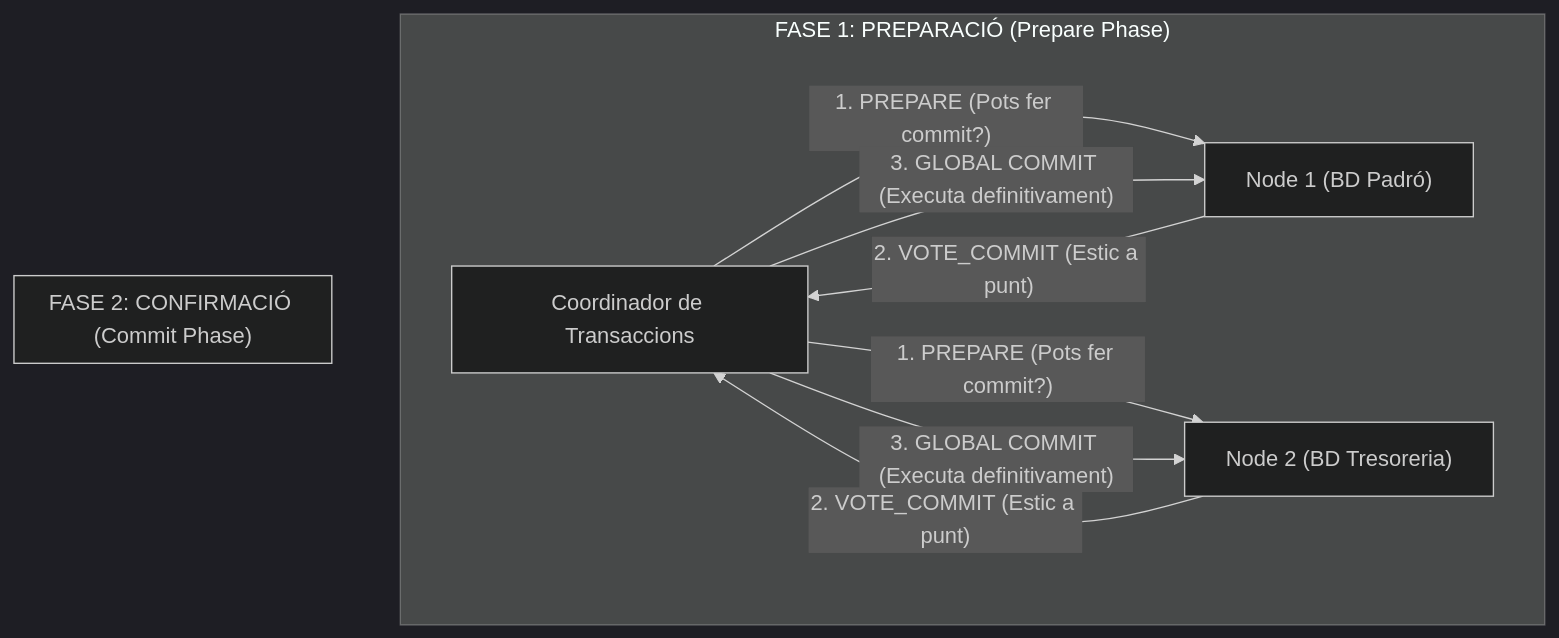
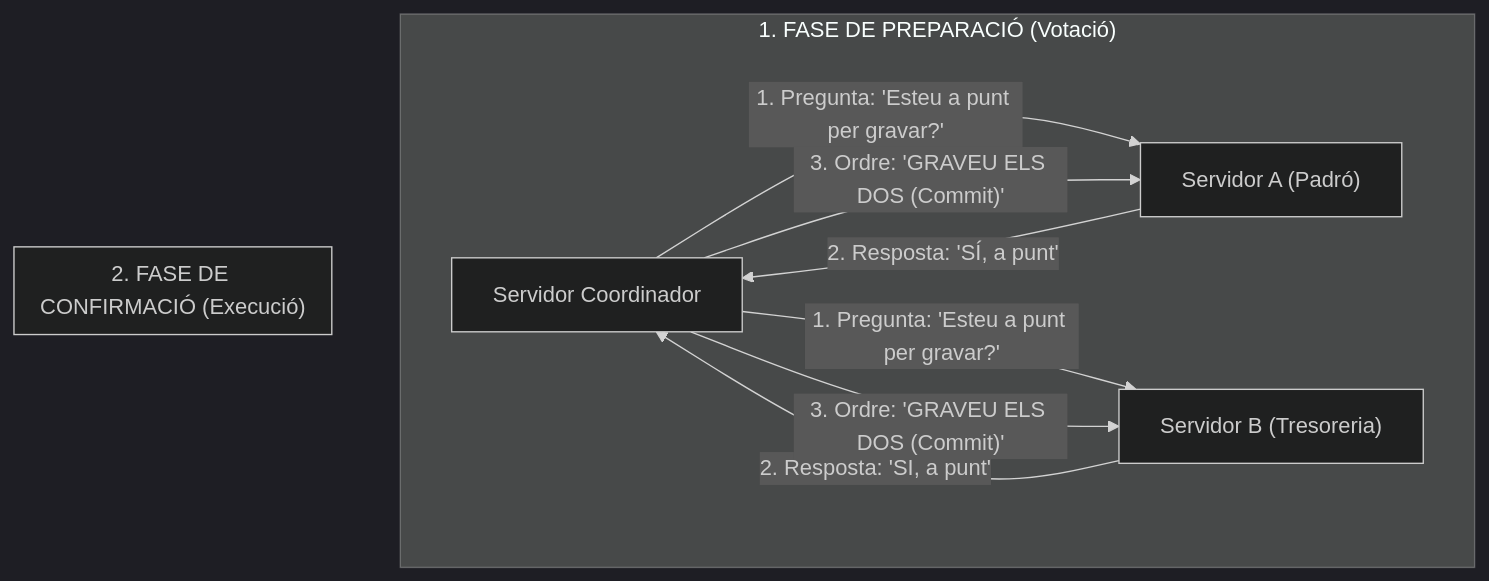
Before and after one commit to oriolmapu/opo: the fourth of 4 diagrams in part_especifica/bloc6_programacio_i_desenvolupament/74_bases_dades_integritat_acid_xifratge_distribuides_cap.md, drawn with Mermaid (dark theme). The commit also changed other lines of this file and 1 other file, not shown here.

````diff
--- a/part_especifica/bloc6_programacio_i_desenvolupament/74_bases_dades_integritat_acid_xifratge_distribuides_cap.md
+++ b/part_especifica/bloc6_programacio_i_desenvolupament/74_bases_dades_integritat_acid_xifratge_distribuides_cap.md
@@ -76,18 +86,18 @@
 ```mermaid
 flowchart TD
-    Coord["Coordinador de Transaccions"]
-    NodeA["Node 1 (BD Padró)"]
-    NodeB["Node 2 (BD Tresoreria)"]
+    Coord["Servidor Coordinador"]
+    S1["Servidor A (Padró)"]
+    S2["Servidor B (Tresoreria)"]
 
-    subgraph FASE1["FASE 1: PREPARACIÓ (Prepare Phase)"]
-        Coord -->|"1. PREPARE (Pots fer commit?)"| NodeA
-        Coord -->|"1. PREPARE (Pots fer commit?)"| NodeB
-        NodeA -->|"2. VOTE_COMMIT (Estic a punt)"| Coord
-        NodeB -->|"2. VOTE_COMMIT (Estic a punt)"| Coord
+    subgraph FASE1["1. FASE DE PREPARACIÓ (Votació)"]
+        Coord -->|"1. Pregunta: 'Esteu a punt per gravar?'"| S1
+        Coord -->|"1. Pregunta: 'Esteu a punt per gravar?'"| S2
+        S1 -->|"2. Resposta: 'SÍ, a punt'"| Coord
+        S2 -->|"2. Resposta: 'SÍ, a punt'"| Coord
     end
 
-    subgraph FASE2["FASE 2: CONFIRMACIÓ (Commit Phase)"]
-        Coord -->|"3. GLOBAL COMMIT (Executa definitivament)"| NodeA
-        Coord -->|"3. GLOBAL COMMIT (Executa definitivament)"| NodeB
+    subgraph FASE2["2. FASE DE CONFIRMACIÓ (Execució)"]
+        Coord -->|"3. Ordre: 'GRAVEU ELS DOS (Commit)'"| S1
+        Coord -->|"3. Ordre: 'GRAVEU ELS DOS (Commit)'"| S2
     end
 ```
````
